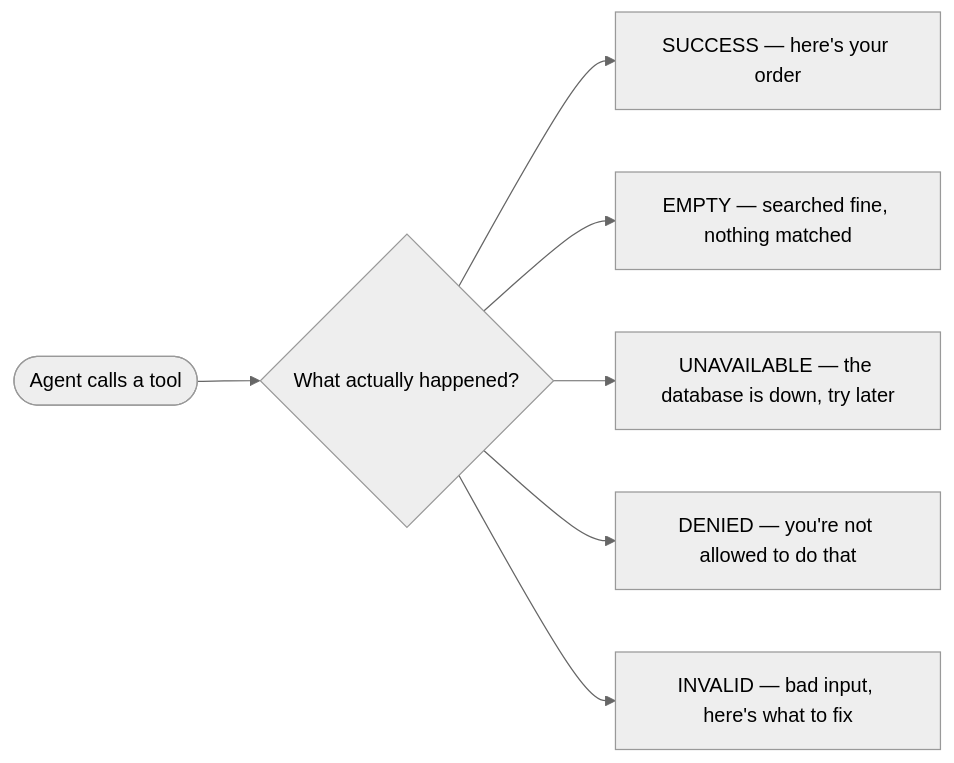
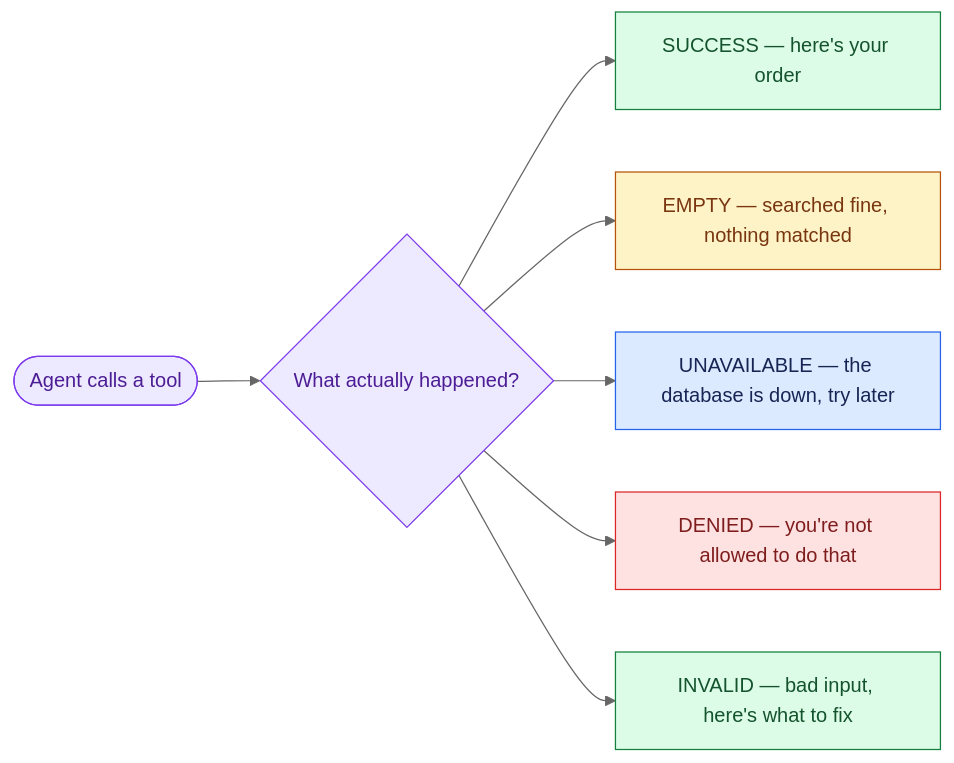
One commit to Sourav692/Forward-Deployed-Engineer-Interview-Prep changed the fifth of 6 diagrams in site/content/modules/15-fde-case-studies/agents-that-act/sre-incident-response-agent/full-pack-part-2.md. Above: the diagram before and after it, drawn with Mermaid (neutral theme). The commit also changed other lines of this file and 1268 other files, not shown here.

First line of the commit message:
content: polish Casebook writing and Mermaid diagrams (#251)

````diff
--- a/site/content/modules/15-fde-case-studies/agents-that-act/sre-incident-response-agent/full-pack-part-2.md
+++ b/site/content/modules/15-fde-case-studies/agents-that-act/sre-incident-response-agent/full-pack-part-2.md
@@ -136,9 +193,21 @@
 ```mermaid
 flowchart LR
     Call([Agent calls a tool]) --> R{What actually happened?}
     R --> S["SUCCESS — here's your order"]
     R --> E["EMPTY — searched fine, nothing matched"]
     R --> U["UNAVAILABLE — the database is down, try later"]
     R --> D["DENIED — you're not allowed to do that"]
     R --> I["INVALID — bad input, here's what to fix"]
+
+    %% Casebook colours: entry, reasoning, results, controls, and stopped paths.
+    classDef cbReason fill:#ede9fe,stroke:#7c3aed,color:#4c1d95
+    class Call,R cbReason
+    classDef cbAction fill:#dcfce7,stroke:#15803d,color:#14532d
+    class S,I cbAction
+    classDef cbPolicy fill:#fef3c7,stroke:#b45309,color:#78350f
+    class E cbPolicy
+    classDef cbInput fill:#dbeafe,stroke:#2563eb,color:#172554
+    class U cbInput
+    classDef cbStop fill:#fee2e2,stroke:#dc2626,color:#7f1d1d
+    class D cbStop
 ```
````
